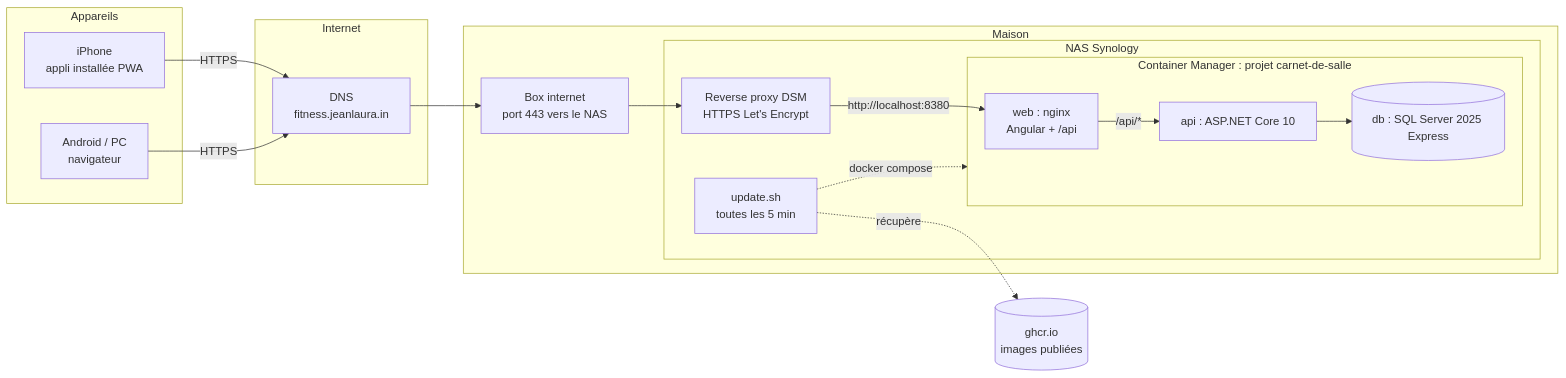
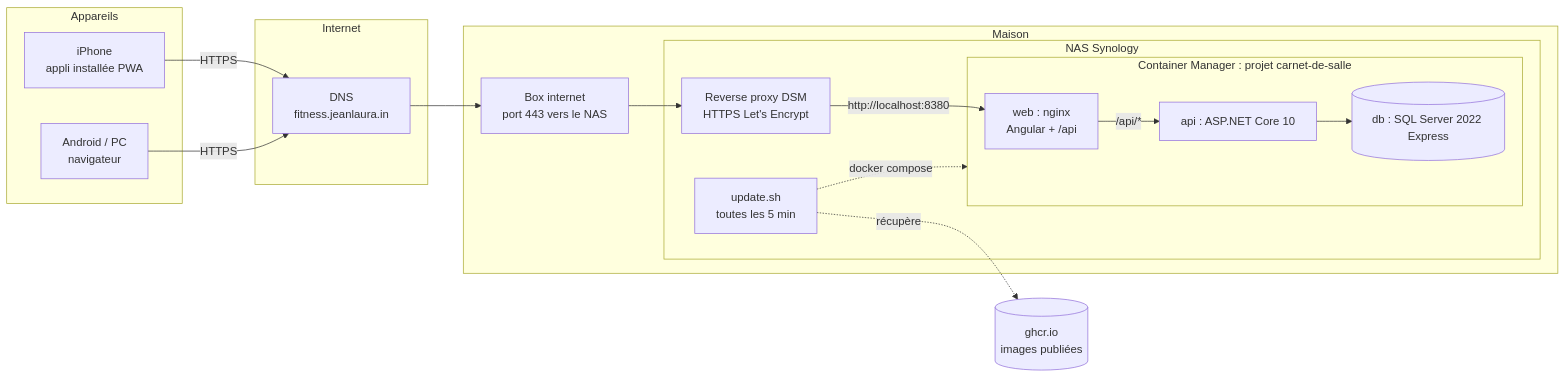
Before and after one commit to JeanLaurain/carnet-de-salle: the first of 2 diagrams in docs/architecture.md, drawn with Mermaid. The commit also changed other lines of this file and 8 other files, not shown here.

First line of the commit message:
SQL Server 2022 partout (la 2025 plante sur le NAS) (#58)

````diff
--- a/docs/architecture.md
+++ b/docs/architecture.md
@@ -5,27 +5,27 @@
 ```mermaid
 flowchart LR
     subgraph Appareils
       I[iPhone<br/>appli installée PWA]
       A[Android / PC<br/>navigateur]
     end
     subgraph Internet
       DNS[DNS<br/>fitness.jeanlaura.in]
     end
     subgraph Maison
       BOX[Box internet<br/>port 443 vers le NAS]
       subgraph NAS[NAS Synology]
         RP[Reverse proxy DSM<br/>HTTPS Let's Encrypt]
         subgraph Docker[Container Manager : projet carnet-de-salle]
           WEB[web : nginx<br/>Angular + /api]
           API[api : ASP.NET Core 10]
-          DB[(db : SQL Server 2025 Express)]
+          DB[(db : SQL Server 2022 Express)]
         end
         UPD[update.sh<br/>toutes les 5 min]
       end
     end
     GHCR[(ghcr.io<br/>images publiées)]
     I & A -->|HTTPS| DNS --> BOX --> RP -->|http://localhost:8380| WEB
     WEB -->|/api/*| API --> DB
     UPD -.->|docker compose| Docker
     UPD -.->|récupère| GHCR
 ```
````
